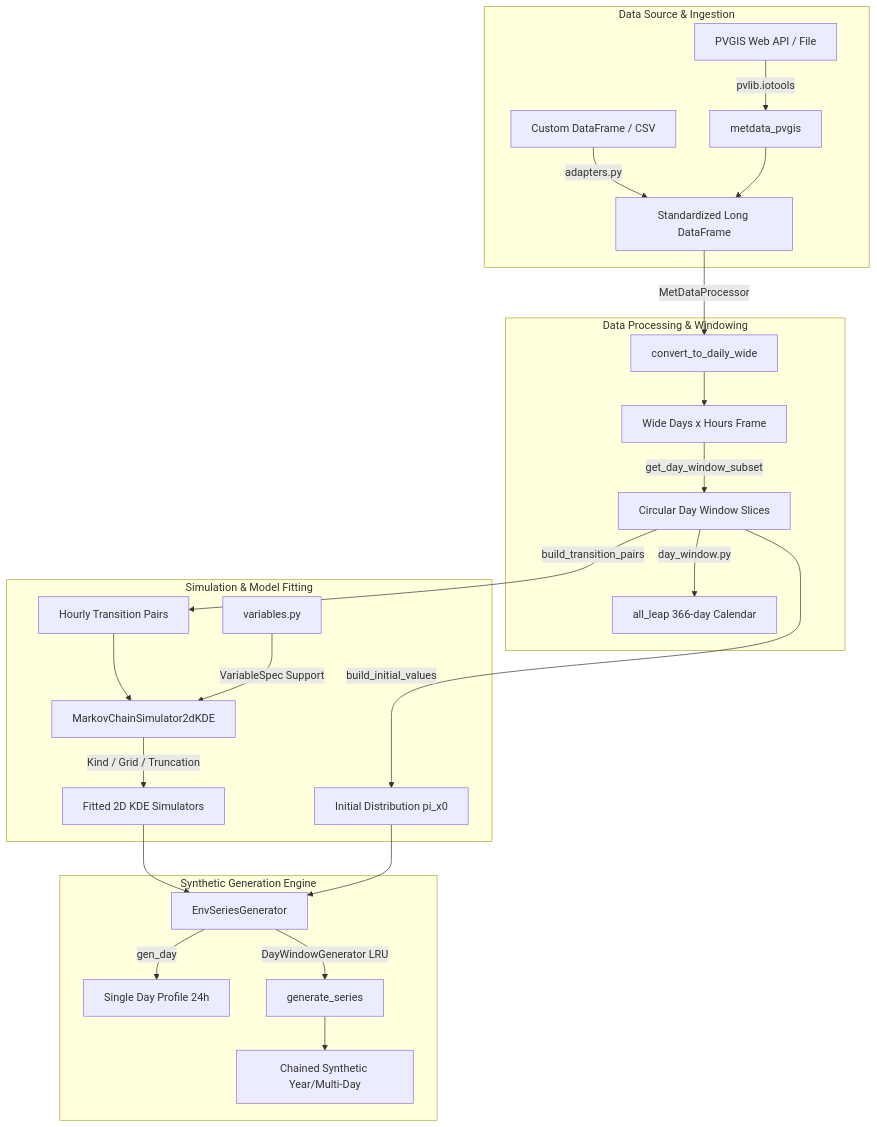
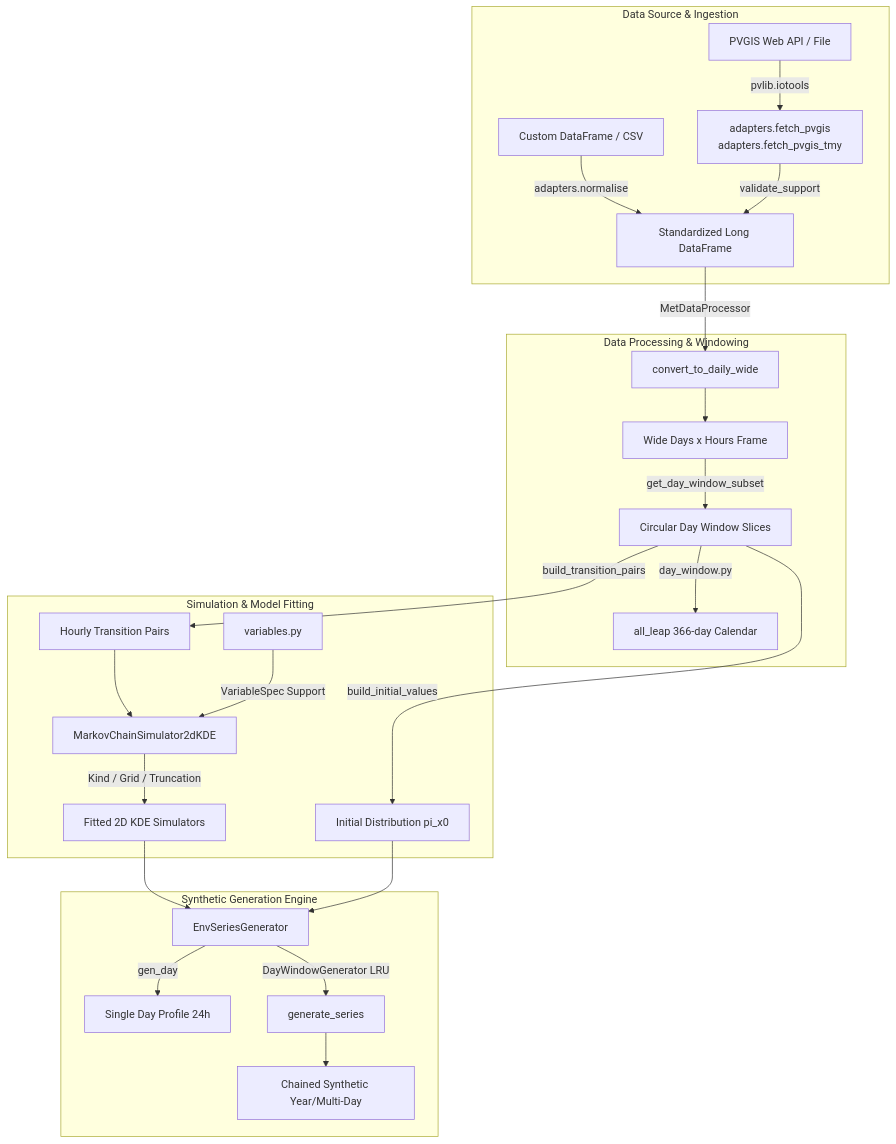
One commit to npapnet/meteosynth changed the first of 2 diagrams in docs/design/architecture.md. Above: the diagram before and after it, drawn with Mermaid. The commit also changed other lines of this file and 12 other files, not shown here.

````diff
--- a/docs/design/architecture.md
+++ b/docs/design/architecture.md
@@ -43,31 +43,31 @@
 ```mermaid
 flowchart TD
     subgraph Data Source & Ingestion
-        A[PVGIS Web API / File] -->|pvlib.iotools| B[metdata_pvgis]
-        C[Custom DataFrame / CSV] -->|adapters.py| D[Standardized Long DataFrame]
-        B --> D
+        A[PVGIS Web API / File] -->|pvlib.iotools| B["adapters.fetch_pvgis<br/>adapters.fetch_pvgis_tmy"]
+        C[Custom DataFrame / CSV] -->|adapters.normalise| D[Standardized Long DataFrame]
+        B -->|validate_support| D
     end
 
     subgraph Data Processing & Windowing
         D -->|MetDataProcessor| E[convert_to_daily_wide]
         E --> F[Wide Days x Hours Frame]
         F -->|get_day_window_subset| G[Circular Day Window Slices]
         G -->|day_window.py| H[all_leap 366-day Calendar]
     end
 
     subgraph Simulation & Model Fitting
         G -->|build_transition_pairs| I[Hourly Transition Pairs]
         G -->|build_initial_values| J[Initial Distribution pi_x0]
         I --> K[MarkovChainSimulator2dKDE]
         K -->|Kind / Grid / Truncation| L[Fitted 2D KDE Simulators]
         variables.py -->|VariableSpec Support| K
     end
 
     subgraph Synthetic Generation Engine
         L --> M[EnvSeriesGenerator]
         J --> M
         M -->|gen_day| N[Single Day Profile 24h]
         M -->|DayWindowGenerator LRU| O[generate_series]
         O --> P[Chained Synthetic Year/Multi-Day]
     end
 ```
````
